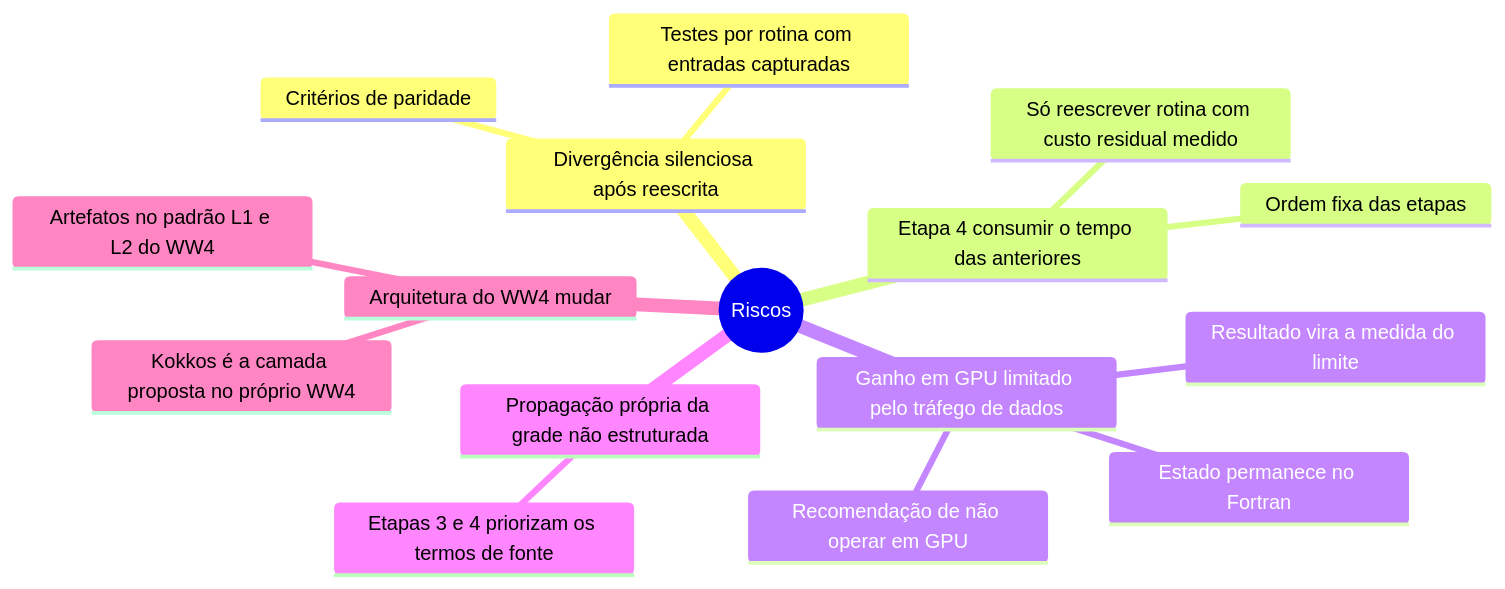
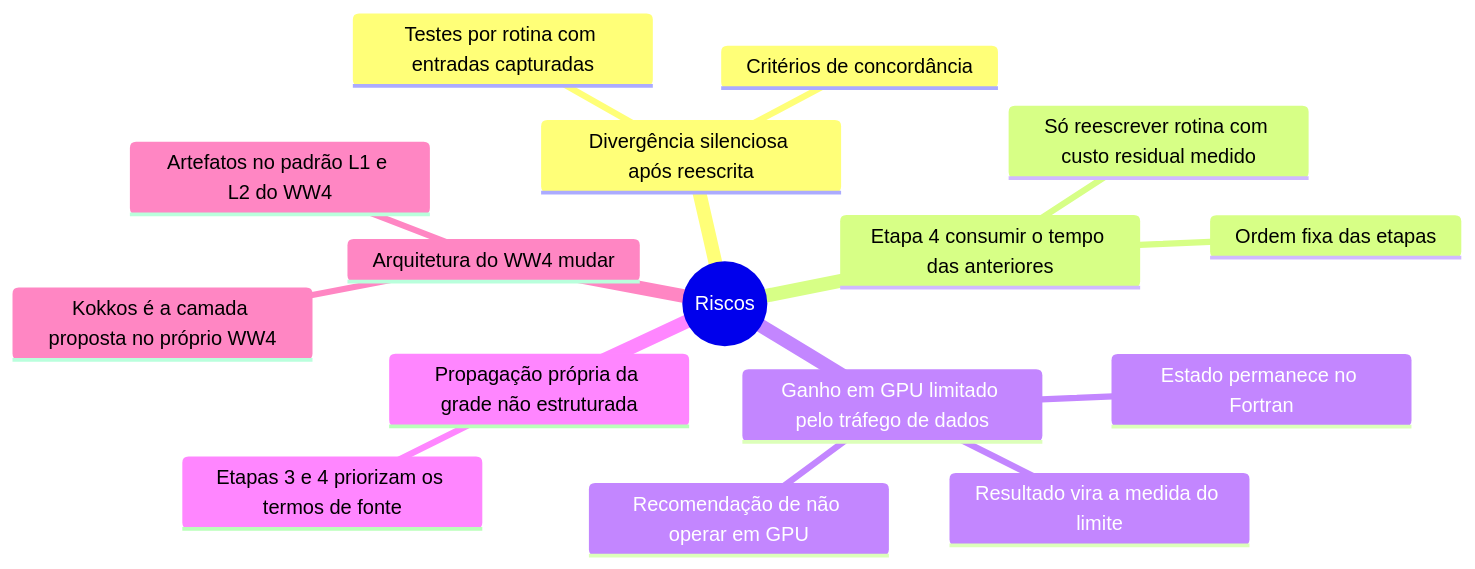
The eighth of 8 diagrams in pubs/proposal/mapas-mentais.pt.md (h0ffmann/ww3-gpu), drawn with Mermaid before and after one commit. The commit also changed other lines of this file and 17 other files, not shown here.

````diff
--- a/pubs/proposal/mapas-mentais.pt.md
+++ b/pubs/proposal/mapas-mentais.pt.md
@@ -197,19 +192,19 @@
 ```mermaid
 mindmap
   root((Riscos))
     Divergência silenciosa após reescrita
-      Critérios de paridade
+      Critérios de concordância
       Testes por rotina com entradas capturadas
     Etapa 4 consumir o tempo das anteriores
       Ordem fixa das etapas
       Só reescrever rotina com custo residual medido
     Ganho em GPU limitado pelo tráfego de dados
       Estado permanece no Fortran
       Resultado vira a medida do limite
       Recomendação de não operar em GPU
     Propagação própria da grade não estruturada
       Etapas 3 e 4 priorizam os termos de fonte
     Arquitetura do WW4 mudar
       Kokkos é a camada proposta no próprio WW4
       Artefatos no padrão L1 e L2 do WW4
 ```
````
